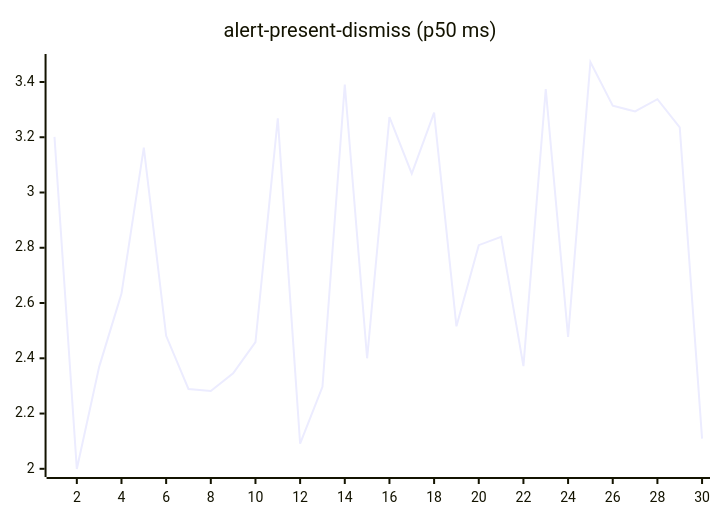
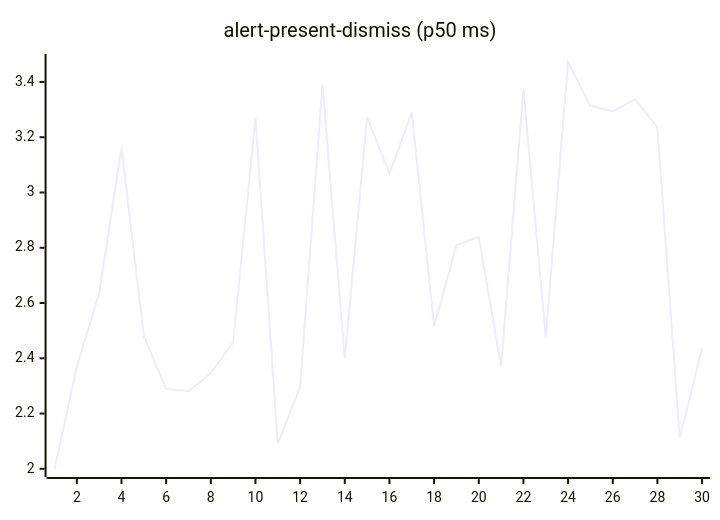
Before and after one commit to josha/Facet: the second of 27 diagrams in README.md, drawn with Mermaid. The commit also changed other lines of this file and 2 other files, not shown here.

````diff
--- a/README.md
+++ b/README.md
@@ -70,6 +70,6 @@
 ```mermaid
 xychart-beta
     title "alert-present-dismiss (p50 ms)"
     x-axis 1 --> 30
-    line [3.2013, 1.9993, 2.3689, 2.6340, 3.1626, 2.4814, 2.2888, 2.2819, 2.3455, 2.4588, 3.2682, 2.0908, 2.2965, 3.3910, 2.4000, 3.2732, 3.0684, 3.2888, 2.5156, 2.8095, 2.8395, 2.3714, 3.3741, 2.4770, 3.4723, 3.3142, 3.2934, 3.3378, 3.2358, 2.1094]
+    line [1.9993, 2.3689, 2.6340, 3.1626, 2.4814, 2.2888, 2.2819, 2.3455, 2.4588, 3.2682, 2.0908, 2.2965, 3.3910, 2.4000, 3.2732, 3.0684, 3.2888, 2.5156, 2.8095, 2.8395, 2.3714, 3.3741, 2.4770, 3.4723, 3.3142, 3.2934, 3.3378, 3.2358, 2.1094, 2.4372]
 ```
````
